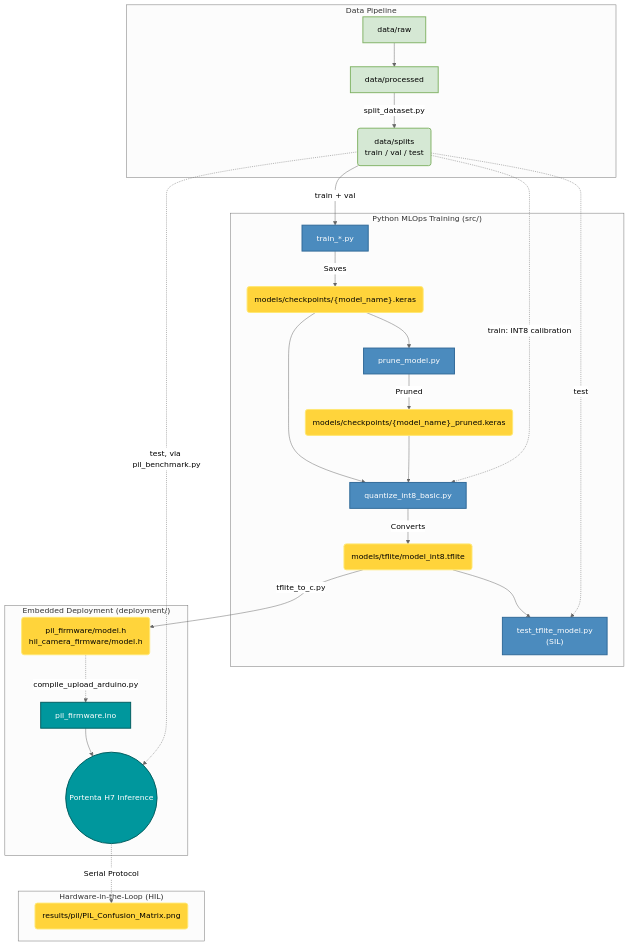
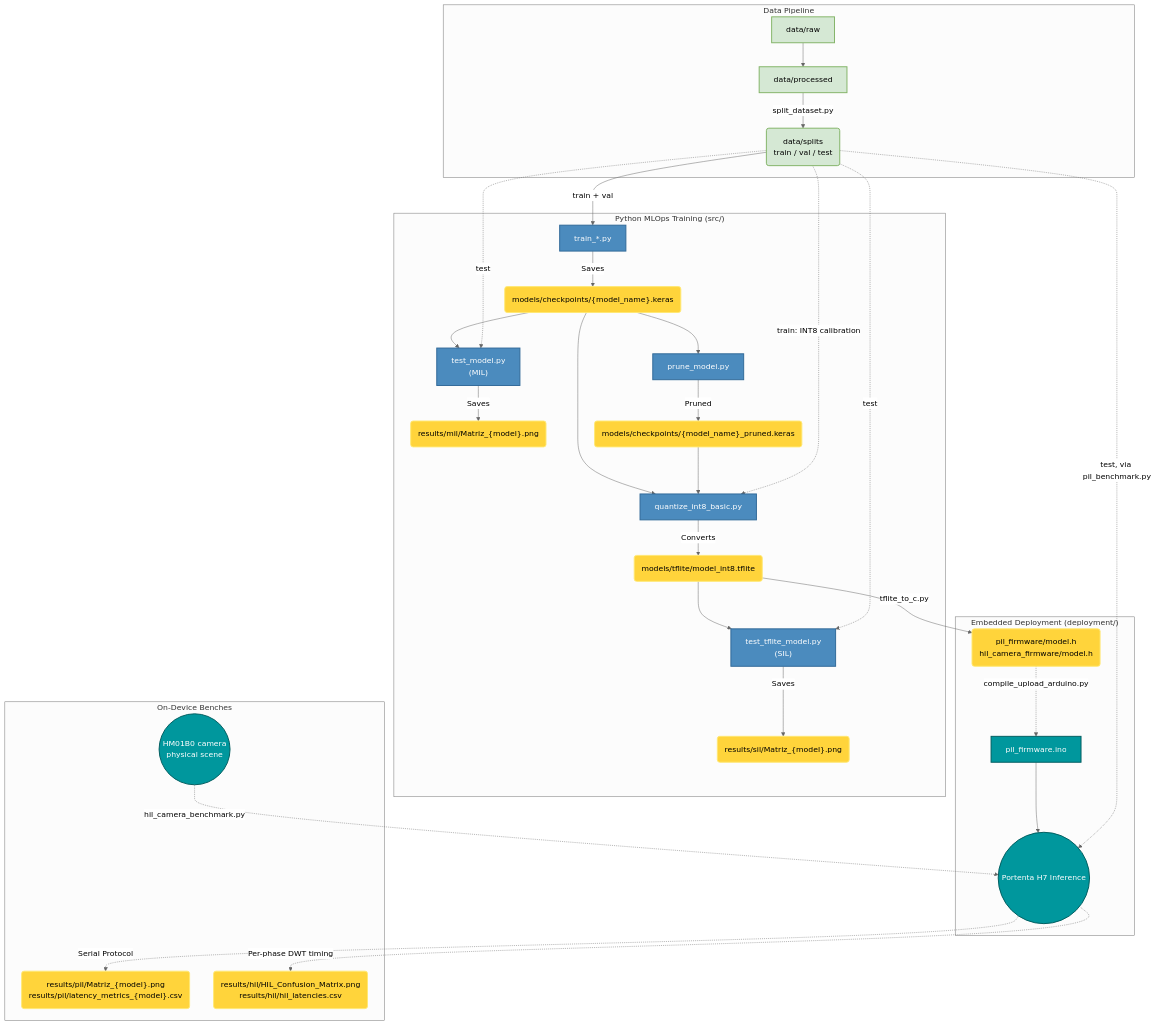
Before and after one commit to F4bian1012/Investigacion: the diagram in README.md, drawn with Mermaid (neutral theme). The commit also changed other lines of this file, not shown here.

Commit message:
docs: update Mermaid pipeline graph in README to reflect MIL and SIL output directories

````diff
--- a/README.md
+++ b/README.md
@@ -97,38 +97,44 @@
 ```mermaid
 graph TD
     %% Styling
     classDef default fill:#f9f9f9,stroke:#333,stroke-width:2px,color:#000;
     classDef data fill:#D5E8D4,stroke:#82B366,stroke-width:2px,color:#000;
     classDef python fill:#4B8BBE,stroke:#306998,stroke-width:2px,color:#fff;
     classDef hardware fill:#00979D,stroke:#005C5F,stroke-width:2px,color:#fff;
     classDef artifact fill:#FFD43B,stroke:#FFE873,stroke-width:2px,color:#000;
 
     subgraph "Data Pipeline"
         RAW[data/raw]:::data --> PROC[data/processed]:::data
         PROC -->|split_dataset.py| SPLITS("data/splits<br/>train / val / test"):::data
     end
 
     subgraph "Python MLOps Training (src/)"
         SPLITS -->|train + val| TRAIN[train_*.py]:::python
         TRAIN -->|Saves| KERAS("models/checkpoints/{model_name}.keras"):::artifact
+        KERAS --> MIL_EVAL["test_model.py<br/>(MIL)"]:::python
+        SPLITS -.->|test| MIL_EVAL
+        MIL_EVAL -->|Saves| CM_MIL("results/mil/Matriz_{model}.png"):::artifact
         KERAS --> PRUNE[prune_model.py]:::python
         PRUNE -->|Pruned| KERAS_PRUNED("models/checkpoints/{model_name}_pruned.keras"):::artifact
         KERAS --> OPT[quantize_int8_basic.py]:::python
         KERAS_PRUNED --> OPT
         SPLITS -.->|train: INT8 calibration| OPT
         OPT -->|Converts| TFLITE(models/tflite/model_int8.tflite):::artifact
         TFLITE --> EVAL["test_tflite_model.py<br/>(SIL)"]:::python
         SPLITS -.->|test| EVAL
+        EVAL -->|Saves| CM_SIL("results/sil/Matriz_{model}.png"):::artifact
     end
 
     subgraph "Embedded Deployment (deployment/)"
         TFLITE -->|tflite_to_c.py| HEADER("pil_firmware/model.h<br/>hil_camera_firmware/model.h"):::artifact
         HEADER -.->|compile_upload_arduino.py| C_ENGINE[pil_firmware.ino]:::hardware
         C_ENGINE --> INFERENCE((Portenta H7 Inference)):::hardware
     end
 
-    subgraph "Hardware-in-the-Loop (HIL)"
+    subgraph "On-Device Benches"
         SPLITS -.->|test, via pil_benchmark.py| INFERENCE
-        INFERENCE -.->|Serial Protocol| CM_PLOT(results/pil/PIL_Confusion_Matrix.png):::artifact
+        INFERENCE -.->|Serial Protocol| CM_PIL("results/pil/Matriz_{model}.png<br/>results/pil/latency_metrics_{model}.csv"):::artifact
+        CAM(("HM01B0 camera<br/>physical scene")):::hardware -.->|hil_camera_benchmark.py| INFERENCE
+        INFERENCE -.->|Per-phase DWT timing| CM_HIL("results/hil/HIL_Confusion_Matrix.png<br/>results/hil/hil_latencies.csv"):::artifact
     end
 ```
````
